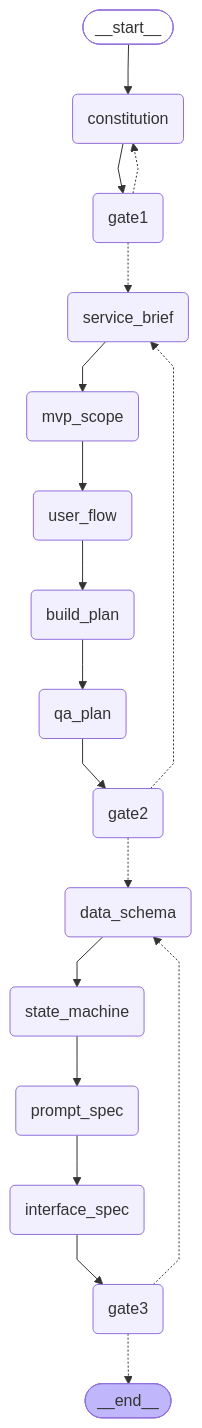
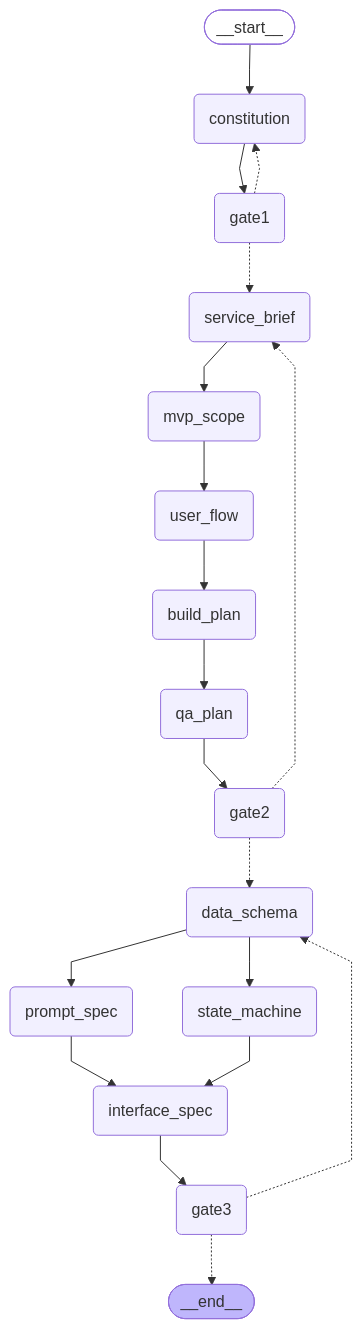
The diagram in docs/flow.md (kha4720/edu_ai_team-sesac), drawn with Mermaid before and after one commit. The commit also changed other lines of this file, not shown here.

Commit message:
update: 플로우 차트 업데이트

````diff
--- a/docs/flow.md
+++ b/docs/flow.md
@@ -13,43 +13,44 @@
 ```mermaid
 ---
 config:
   flowchart:
     curve: linear
 ---
 graph TD;
 	__start__([<p>__start__</p>]):::first
 	constitution(constitution)
 	gate1(gate1)
 	service_brief(service_brief)
 	mvp_scope(mvp_scope)
 	user_flow(user_flow)
 	build_plan(build_plan)
 	qa_plan(qa_plan)
 	gate2(gate2)
 	data_schema(data_schema)
 	state_machine(state_machine)
 	prompt_spec(prompt_spec)
 	interface_spec(interface_spec)
 	gate3(gate3)
 	__end__([<p>__end__</p>]):::last
 	__start__ --> constitution;
 	build_plan --> qa_plan;
 	constitution --> gate1;
+	data_schema --> prompt_spec;
 	data_schema --> state_machine;
 	gate1 -.-> constitution;
 	gate1 -.-> service_brief;
 	gate2 -.-> data_schema;
 	gate2 -.-> service_brief;
 	gate3 -.-> __end__;
 	gate3 -.-> data_schema;
 	interface_spec --> gate3;
 	mvp_scope --> user_flow;
 	prompt_spec --> interface_spec;
 	qa_plan --> gate2;
 	service_brief --> mvp_scope;
-	state_machine --> prompt_spec;
+	state_machine --> interface_spec;
 	user_flow --> build_plan;
 	classDef default fill:#f2f0ff,line-height:1.2
 	classDef first fill-opacity:0
 	classDef last fill:#bfb6fc
 ```
````
